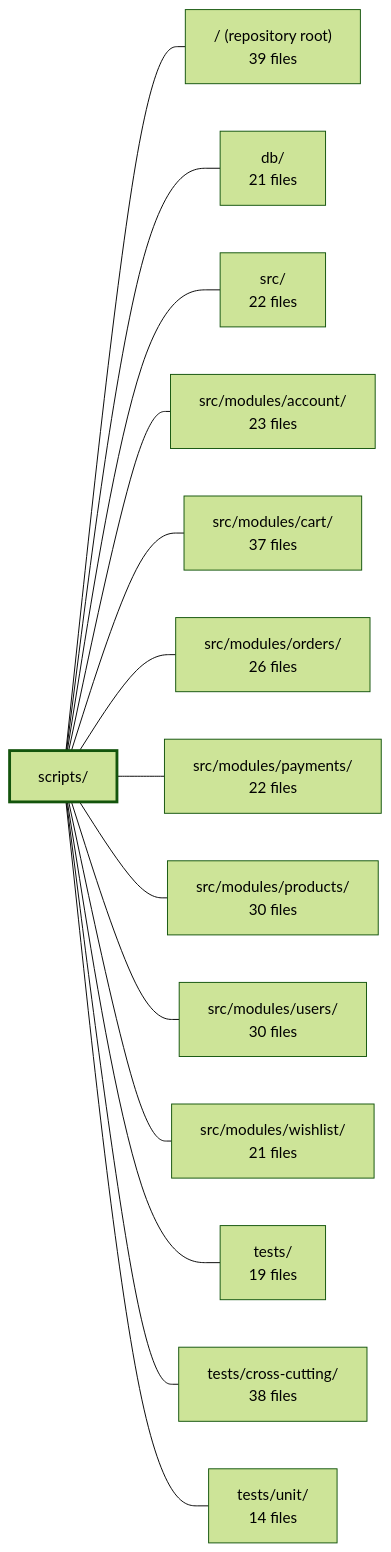
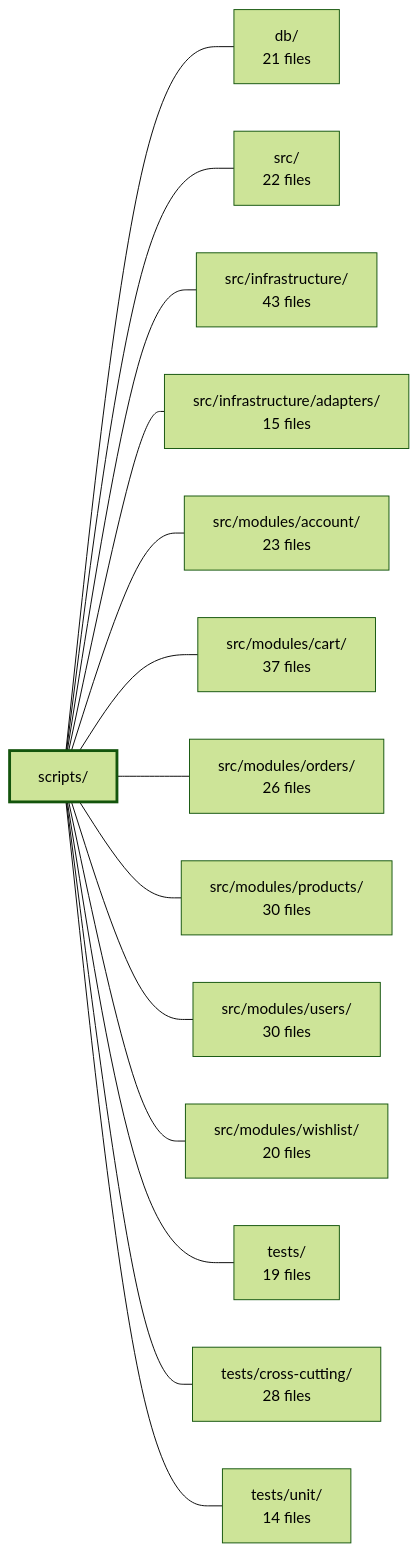
The diagram in .2repo/modules/boilerplate-node-backend_scripts.md (Guebbit/boilerplate-node-backend), drawn with Mermaid (forest theme) before and after one commit. The commit also changed other lines of this file and 625 other files, not shown here.

````diff
--- a/.2repo/modules/boilerplate-node-backend_scripts.md
+++ b/.2repo/modules/boilerplate-node-backend_scripts.md
@@ -41,31 +41,31 @@
 ```mermaid
 flowchart LR
     m_scripts["scripts/"]
-    m_root["/ (repository root)<br/>39 files"]
     m_db["db/<br/>21 files"]
     m_src["src/<br/>22 files"]
+    m_src_infrastructure["src/infrastructure/<br/>43 files"]
+    m_src_infrastructure_adapters["src/infrastructure/adapters/<br/>15 files"]
     m_src_modules_account["src/modules/account/<br/>23 files"]
     m_src_modules_cart["src/modules/cart/<br/>37 files"]
     m_src_modules_orders["src/modules/orders/<br/>26 files"]
-    m_src_modules_payments["src/modules/payments/<br/>22 files"]
     m_src_modules_products["src/modules/products/<br/>30 files"]
     m_src_modules_users["src/modules/users/<br/>30 files"]
-    m_src_modules_wishlist["src/modules/wishlist/<br/>21 files"]
+    m_src_modules_wishlist["src/modules/wishlist/<br/>20 files"]
     m_tests["tests/<br/>19 files"]
-    m_tests_cross_cutting["tests/cross-cutting/<br/>38 files"]
+    m_tests_cross_cutting["tests/cross-cutting/<br/>28 files"]
     m_tests_unit["tests/unit/<br/>14 files"]
-    m_scripts --- m_root
     m_scripts --- m_db
     m_scripts --- m_src
+    m_scripts --- m_src_infrastructure
+    m_scripts --- m_src_infrastructure_adapters
     m_scripts --- m_src_modules_account
     m_scripts --- m_src_modules_cart
     m_scripts --- m_src_modules_orders
-    m_scripts --- m_src_modules_payments
     m_scripts --- m_src_modules_products
     m_scripts --- m_src_modules_users
     m_scripts --- m_src_modules_wishlist
     m_scripts --- m_tests
     m_scripts --- m_tests_cross_cutting
     m_scripts --- m_tests_unit
     style m_scripts stroke-width:3px
 ```
````
